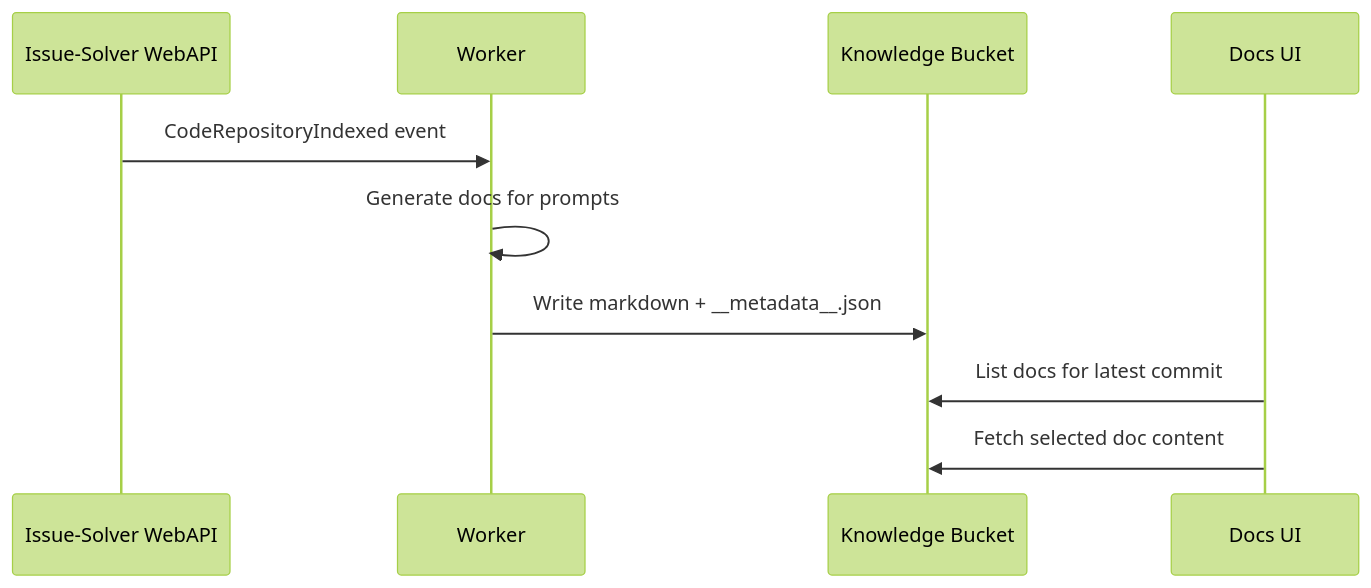
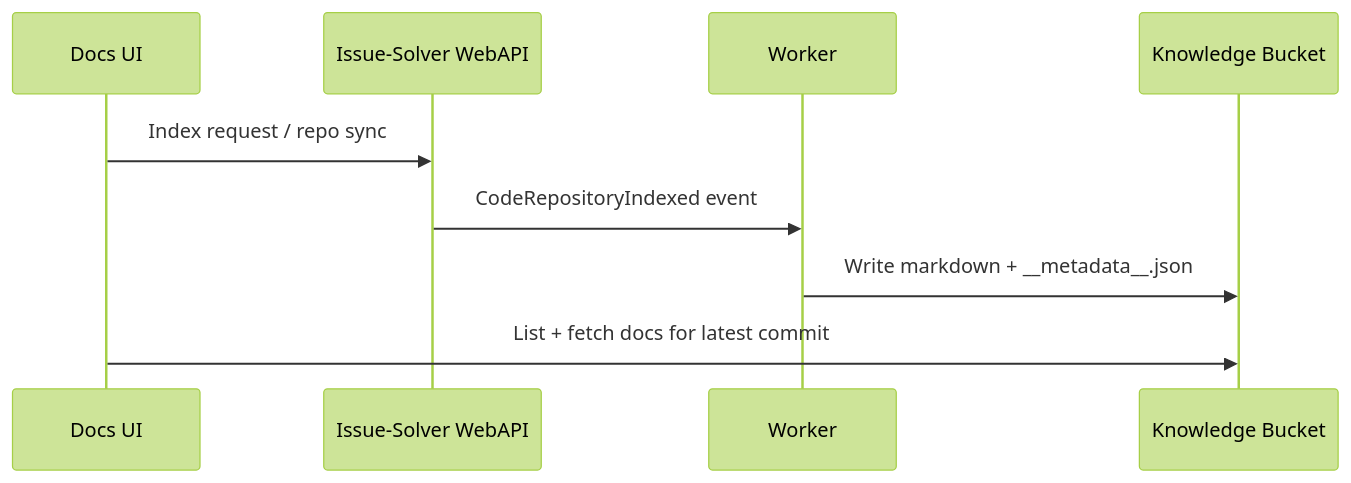
Before and after one commit to umans-tech/issue-solver-bots: the first of 2 diagrams in docs/specs/auto-docs-current.md, drawn with Mermaid (forest theme). The commit also changed other lines of this file and 8 other files, not shown here.

````diff
--- a/docs/specs/auto-docs-current.md
+++ b/docs/specs/auto-docs-current.md
@@ -74,13 +24,12 @@
 ```mermaid
 sequenceDiagram
+  participant UI as Docs UI
   participant WebAPI as Issue-Solver WebAPI
   participant Worker
   participant S3 as Knowledge Bucket
-  participant UI as Docs UI
 
+  UI->>WebAPI: Index request / repo sync
   WebAPI->>Worker: CodeRepositoryIndexed event
-  Worker->>Worker: Generate docs for prompts
   Worker->>S3: Write markdown + __metadata__.json
-  UI->>S3: List docs for latest commit
-  UI->>S3: Fetch selected doc content
+  UI->>S3: List + fetch docs for latest commit
 ```
````
